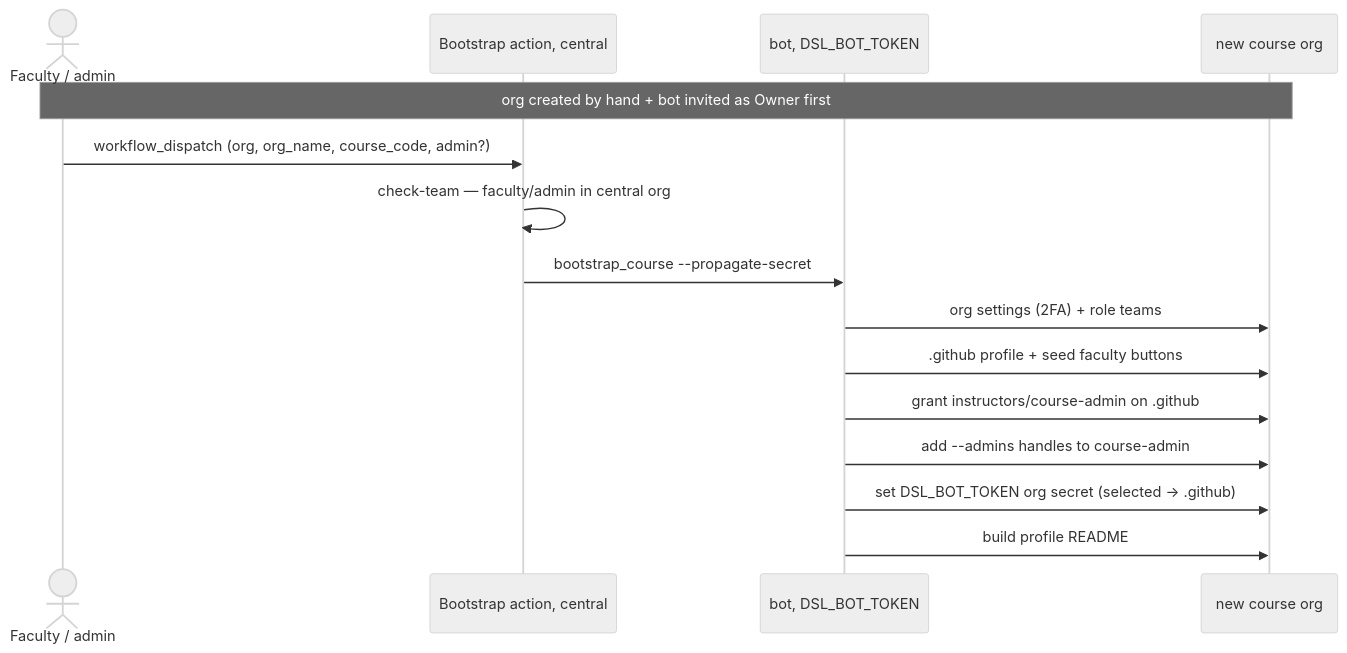
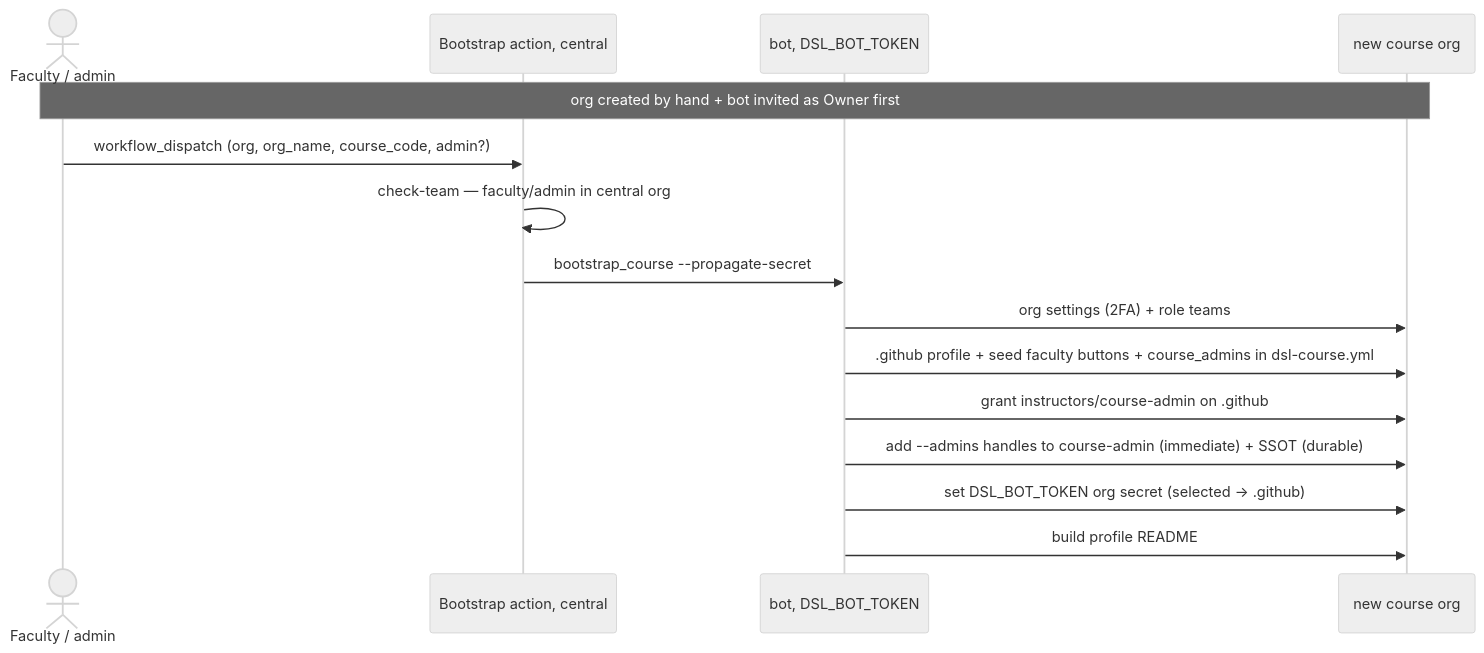
The fourth of 10 diagrams in docs/admin/architecture.md (hertie-data-science-lab/dsl-teaching-course-setup), drawn with Mermaid (neutral theme) before and after one commit. The commit also changed other lines of this file and 2 other files, not shown here.

First line of the commit message:
fix(bootstrap): seed --admins into dsl-course.yml SSOT, not just a team invite

````diff
--- a/docs/admin/architecture.md
+++ b/docs/admin/architecture.md
@@ -124,17 +124,17 @@
 ```mermaid
 sequenceDiagram
   actor F as Faculty / admin
   participant A as Bootstrap action, central
   participant Bot as bot, DSL_BOT_TOKEN
   participant Org as new course org
   Note over F,Org: org created by hand + bot invited as Owner first
   F->>A: workflow_dispatch (org, org_name, course_code, admin?)
   A->>A: check-team — faculty/admin in central org
   A->>Bot: bootstrap_course --propagate-secret
   Bot->>Org: org settings (2FA) + role teams
-  Bot->>Org: .github profile + seed faculty buttons
+  Bot->>Org: .github profile + seed faculty buttons + course_admins in dsl-course.yml
   Bot->>Org: grant instructors/course-admin on .github
-  Bot->>Org: add --admins handles to course-admin
+  Bot->>Org: add --admins handles to course-admin (immediate) + SSOT (durable)
   Bot->>Org: set DSL_BOT_TOKEN org secret (selected → .github)
   Bot->>Org: build profile README
 ```
````
